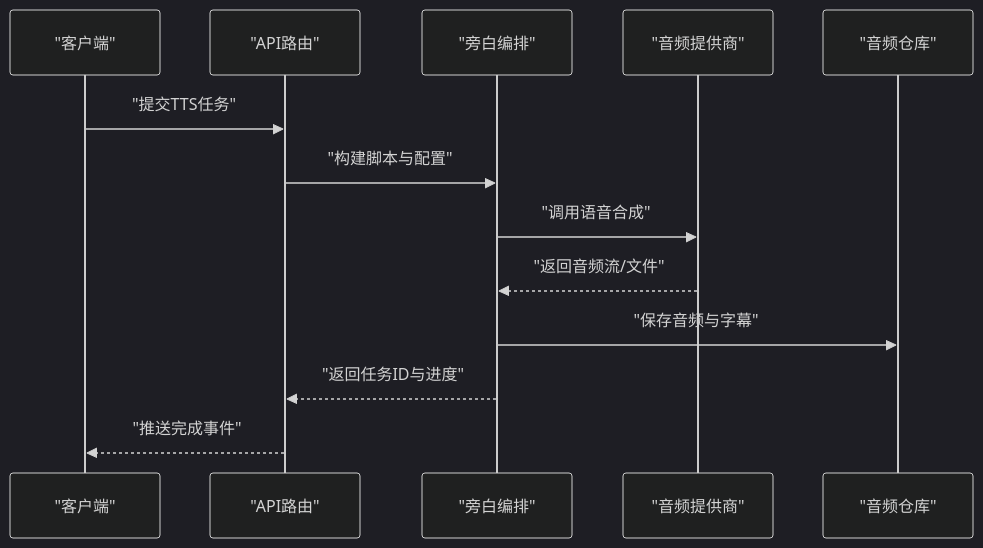
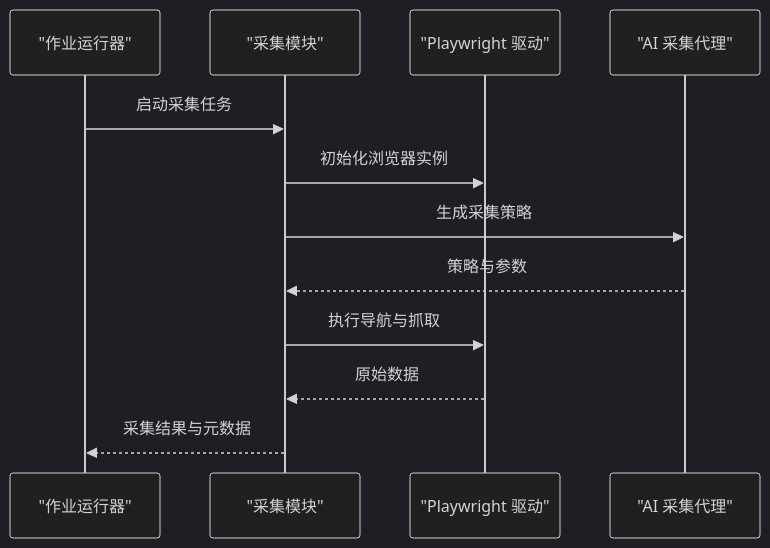
Before and after one commit to scottcwy/PurpleInk: the fifth of 10 diagrams in .qoder/repowiki/zh/content/架构设计/架构设计.md, drawn with Mermaid (dark theme). The commit also changed other lines of this file and 872 other files, not shown here.

````diff
--- a/.qoder/repowiki/zh/content/架构设计/架构设计.md
+++ b/.qoder/repowiki/zh/content/架构设计/架构设计.md
@@ -370,15 +268,14 @@
 ```mermaid
 sequenceDiagram
-participant Client as "客户端"
-participant API as "API路由"
-participant Narration as "旁白编排"
-participant Provider as "音频提供商"
-participant Repo as "音频仓库"
-Client->>API : "提交TTS任务"
-API->>Narration : "构建脚本与配置"
-Narration->>Provider : "调用语音合成"
-Provider-->>Narration : "返回音频流/文件"
-Narration->>Repo : "保存音频与字幕"
-Narration-->>API : "返回任务ID与进度"
-API-->>Client : "推送完成事件"
+participant Runner as "作业运行器"
+participant Capture as "采集模块"
+participant Driver as "Playwright 驱动"
+participant Agent as "AI 采集代理"
+Runner->>Capture : 启动采集任务
+Capture->>Driver : 初始化浏览器实例
+Capture->>Agent : 生成采集策略
+Agent-->>Capture : 策略与参数
+Capture->>Driver : 执行导航与抓取
+Driver-->>Capture : 原始数据
+Capture-->>Runner : 采集结果与元数据
 ```
````
